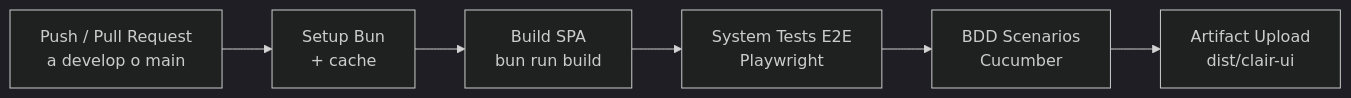
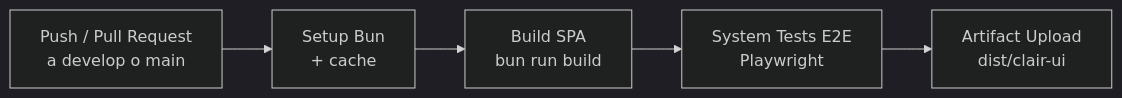
The second of 3 diagrams in chapters/chapter7.md (bananawire/deis-report), drawn with Mermaid (dark theme) before and after one commit. The commit also changed other lines of this file, not shown here.

First line of the commit message:
fix(chapter7): alinear Cucumber y el despliegue de clair-ui

````diff
--- a/chapters/chapter7.md
+++ b/chapters/chapter7.md
@@ -69,8 +69,7 @@
 ```mermaid
 flowchart LR
     A[Push / Pull Request<br/>a develop o main] --> B[Setup Bun<br/>+ cache]
     B --> C[Build SPA<br/>bun run build]
     C --> D[System Tests E2E<br/>Playwright]
-    D --> E[BDD Scenarios<br/>Cucumber]
-    E --> F[Artifact Upload<br/>dist/clair-ui]
+    D --> E[Artifact Upload<br/>dist/clair-ui]
 ```
````
